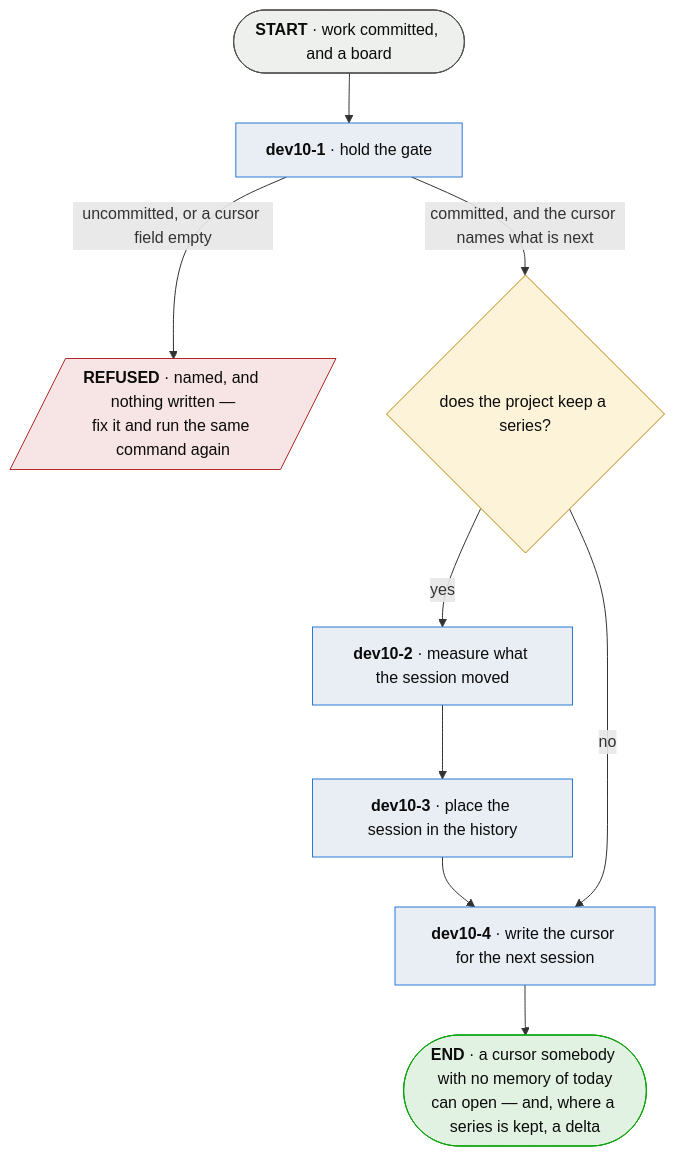
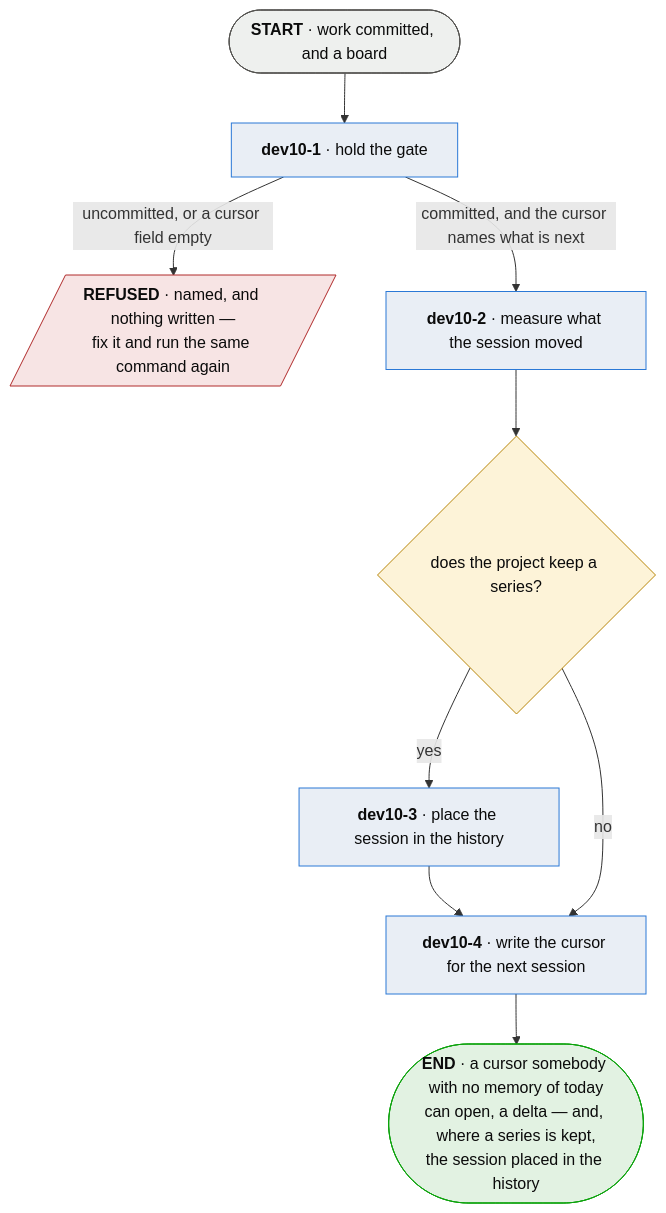
One commit to plumbspec/plumb changed the diagram in spec/diagrams/dev10-close-the-session.md. Above: the diagram before and after it, drawn with Mermaid. The commit also changed other lines of this file and 54 other files, not shown here.

````diff
--- a/spec/diagrams/dev10-close-the-session.md
+++ b/spec/diagrams/dev10-close-the-session.md
@@ -9,26 +9,26 @@
 ```mermaid
 flowchart TD
     IN([<b>START</b> · work committed, and a board]):::terminal
 
     GATE[<b>dev10-1</b> · hold the gate]:::process
     REFUSED[/<b>REFUSED</b> · named, and nothing written —<br/>fix it and run the same command again/]:::bad
     SERQ{does the project keep a series?}:::question
     MEASURE[<b>dev10-2</b> · measure what the session moved]:::process
     HIST[<b>dev10-3</b> · place the session in the history]:::process
     WRITE[<b>dev10-4</b> · write the cursor for the next session]:::process
 
-    OUT([<b>END</b> · a cursor somebody with no memory of today<br/>can open — and, where a series is kept, a delta]):::good
+    OUT([<b>END</b> · a cursor somebody with no memory of today<br/>can open, a delta — and, where a series is kept,<br/>the session placed in the history]):::good
 
     IN --> GATE
     GATE -->|"uncommitted, or a cursor field empty"| REFUSED
-    GATE -->|"committed, and the cursor names what is next"| SERQ
-    SERQ -->|yes| MEASURE --> HIST --> WRITE
+    GATE -->|"committed, and the cursor names what is next"| MEASURE --> SERQ
+    SERQ -->|yes| HIST --> WRITE
     SERQ -->|no| WRITE
     WRITE --> OUT
 
     classDef terminal fill:#eef0ee,stroke:#52514e,color:#0b0b0b;
     classDef process fill:#e9eef5,stroke:#2a78d6,color:#0b0b0b;
     classDef question fill:#fdf3d8,stroke:#b8860b,color:#0b0b0b;
     classDef bad fill:#f7e4e4,stroke:#b02a2a,color:#0b0b0b;
     classDef good fill:#e2f2e2,stroke:#0ca30c,color:#0b0b0b;
 ```
````
